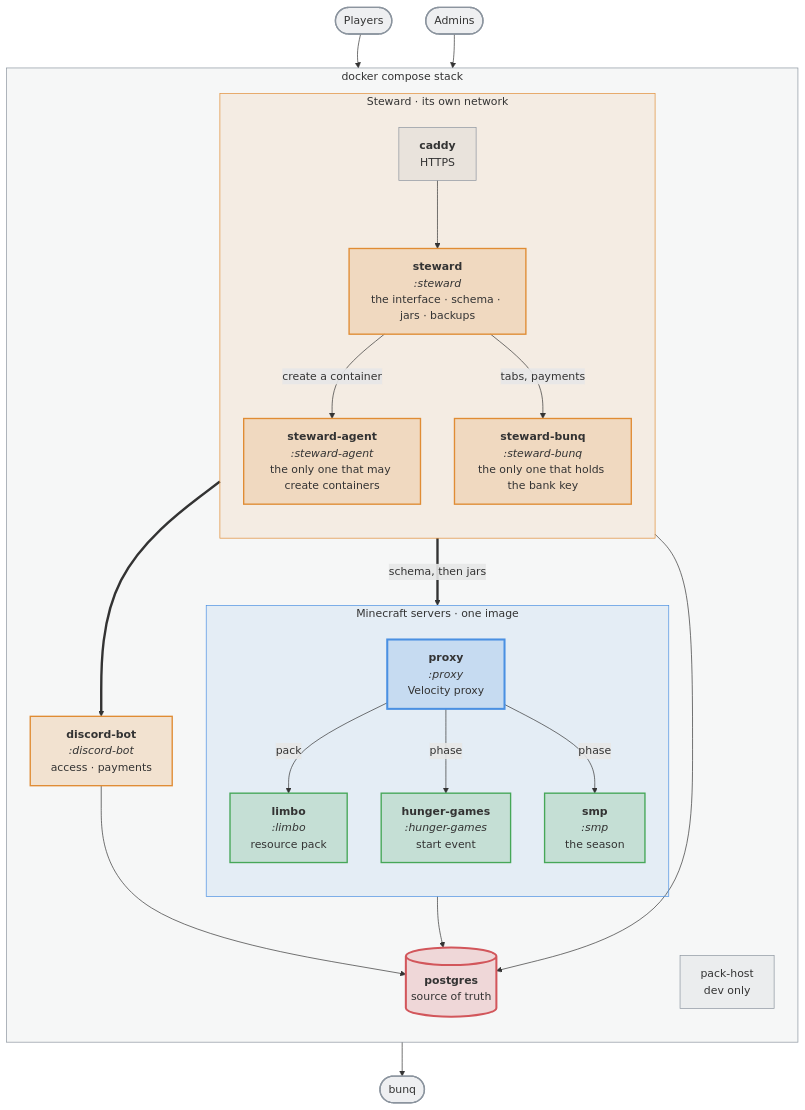
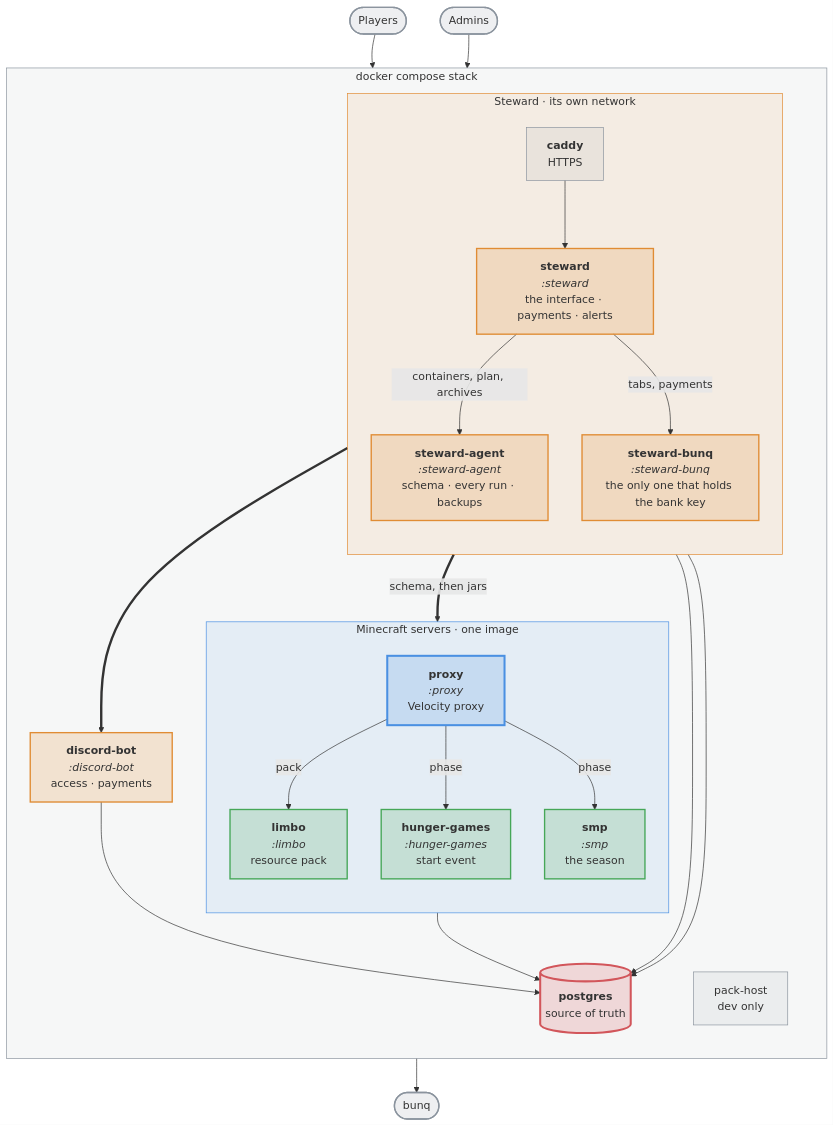
One commit to nordtal/season-2 changed the diagram in README.md. Above: the diagram before and after it, drawn with Mermaid. The commit also changed other lines of this file and 262 other files, not shown here.

First line of the commit message:
refactor: steward-agent migrates and carries out every run

````diff
--- a/README.md
+++ b/README.md
@@ -25,51 +25,52 @@
 ```mermaid
 %%{init: {'themeVariables': {'fontSize': '16px'}}}%%
 flowchart TB
     players(["Players"]):::ext --> NC
 
     subgraph stack["docker compose stack"]
         direction TB
         subgraph steward["Steward · its own network"]
             direction TB
             CADDY["<b>caddy</b><br/>HTTPS"]:::side
-            UPD["<b>steward</b><br/><i>:steward</i><br/>the interface · schema · jars · backups"]:::app
-            DEP["<b>steward-agent</b><br/><i>:steward-agent</i><br/>the only one that may create containers"]:::app
+            UPD["<b>steward</b><br/><i>:steward</i><br/>the interface · payments · alerts"]:::app
+            DEP["<b>steward-agent</b><br/><i>:steward-agent</i><br/>schema · every run · backups"]:::app
             BANK["<b>steward-bunq</b><br/><i>:steward-bunq</i><br/>the only one that holds the bank key"]:::app
         end
         subgraph servers["Minecraft servers · one image"]
             direction TB
             NC["<b>proxy</b><br/><i>:proxy</i><br/>Velocity proxy"]:::proxy
             LIMBO["<b>limbo</b><br/><i>:limbo</i><br/>resource pack"]:::paper
             HG["<b>hunger-games</b><br/><i>:hunger-games</i><br/>start event"]:::paper
             SMP["<b>smp</b><br/><i>:smp</i><br/>the season"]:::paper
         end
         BOT["<b>discord-bot</b><br/><i>:discord-bot</i><br/>access · payments"]:::app
         PG[("<b>postgres</b><br/>source of truth")]:::db
         PACKHOST["pack-host<br/>dev only"]:::side
     end
 
     admins(["Admins"]):::ext --> CADDY
     BANK --> bunq(["bunq"]):::ext
     players ~~~ UPD
     CADDY --> UPD
-    UPD -->|"create a container"| DEP
+    UPD -->|"containers, plan, archives"| DEP
     UPD -->|"tabs, payments"| BANK
-    UPD ==>|"schema, then jars"| servers
-    UPD ==> BOT
+    DEP ==>|"schema, then jars"| servers
+    DEP ==> BOT
+    DEP --> PG
     NC -->|"pack"| LIMBO
     NC -->|"phase"| HG
     NC -->|"phase"| SMP
     servers --> PG
     BOT --> PG
     UPD --> PG
 
     classDef ext fill:#8b949e26,stroke:#8b949e,stroke-width:2px
     classDef proxy fill:#4a90e233,stroke:#4a90e2,stroke-width:3px
     classDef paper fill:#46a75833,stroke:#46a758,stroke-width:2px
     classDef app fill:#e08c3433,stroke:#e08c34,stroke-width:2px
     classDef db fill:#d2565b33,stroke:#d2565b,stroke-width:3px
     classDef side fill:#8b949e1a,stroke:#8b949e,stroke-width:1px
     style stack fill:#8b949e14,stroke:#8b949e,stroke-width:1px
     style servers fill:#4a90e21a,stroke:#4a90e2,stroke-width:1px
     style steward fill:#e08c341a,stroke:#e08c34,stroke-width:1px
 ```
````
